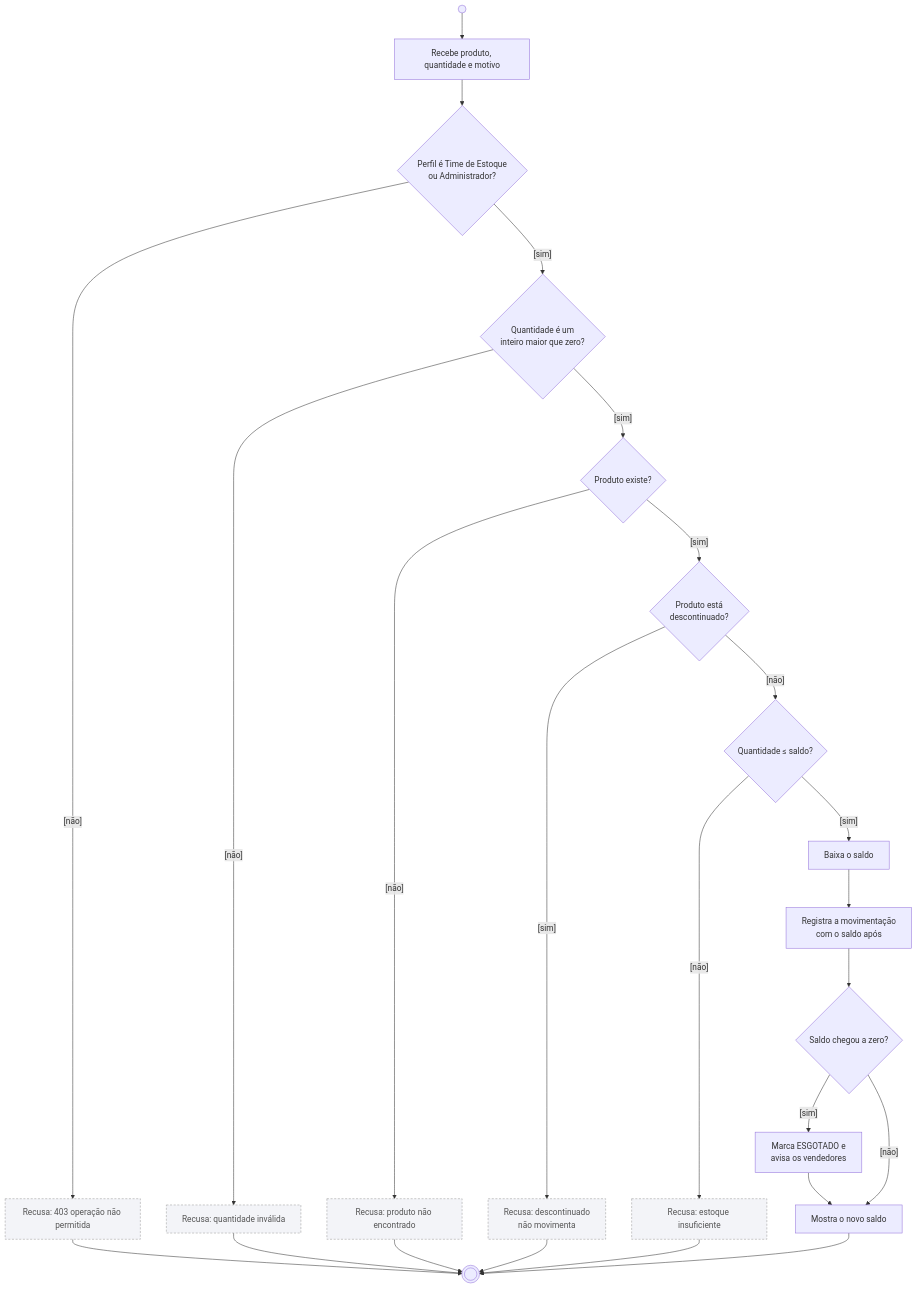
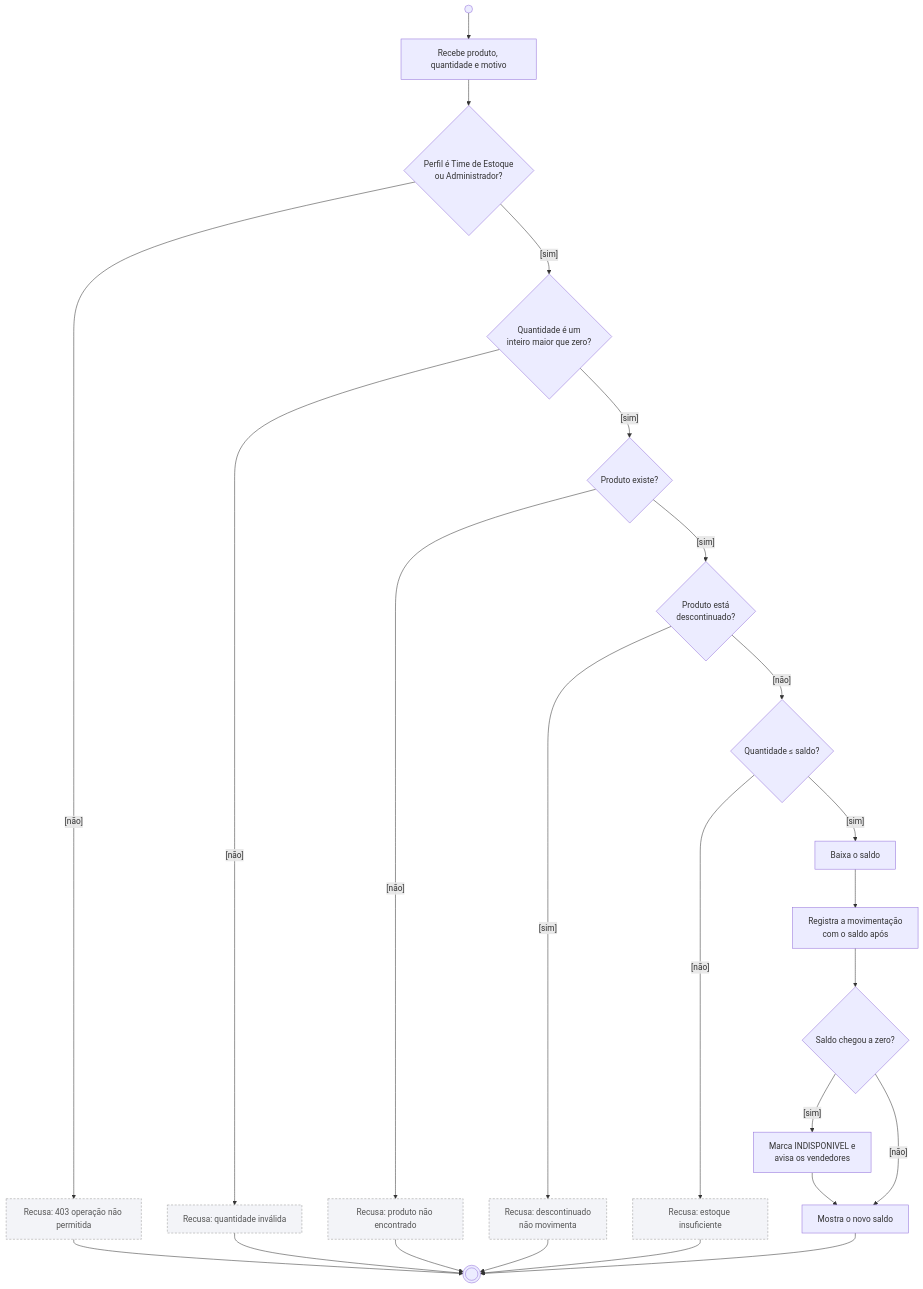
Before and after one commit to Alishowsa/Arquitetura-eng-soft: the diagram in aula-6/diagramas/atividades-saida-estoque.md, drawn with Mermaid. The commit also changed 30 other files, not shown here.

````diff
--- a/aula-6/diagramas/atividades-saida-estoque.md
+++ b/aula-6/diagramas/atividades-saida-estoque.md
@@ -7,29 +7,29 @@
 ```mermaid
 flowchart TD
     inicio((" ")) --> recebe[Recebe produto, quantidade e motivo]
     recebe --> d1{Perfil é Time de Estoque<br/>ou Administrador?}
     d1 -- "[não]" --> r1[Recusa: 403 operação não permitida]
     d1 -- "[sim]" --> d2{Quantidade é um<br/>inteiro maior que zero?}
     d2 -- "[não]" --> r2[Recusa: quantidade inválida]
     d2 -- "[sim]" --> d3{Produto existe?}
     d3 -- "[não]" --> r3[Recusa: produto não encontrado]
     d3 -- "[sim]" --> d4{Produto está<br/>descontinuado?}
     d4 -- "[sim]" --> r4[Recusa: descontinuado<br/>não movimenta]
     d4 -- "[não]" --> d5{Quantidade ≤ saldo?}
     d5 -- "[não]" --> r5[Recusa: estoque insuficiente]
     d5 -- "[sim]" --> baixa[Baixa o saldo]
     baixa --> grava[Registra a movimentação<br/>com o saldo após]
     grava --> d6{Saldo chegou a zero?}
-    d6 -- "[sim]" --> esgota[Marca ESGOTADO e<br/>avisa os vendedores]
+    d6 -- "[sim]" --> zera[Marca INDISPONIVEL e<br/>avisa os vendedores]
     d6 -- "[não]" --> ok[Mostra o novo saldo]
-    esgota --> ok
+    zera --> ok
     ok --> fim((("&nbsp;")))
     r1 --> fim
     r2 --> fim
     r3 --> fim
     r4 --> fim
     r5 --> fim
 
     classDef recusa fill:#f3f4f8,stroke:#999,stroke-dasharray: 4 3,color:#555;
     class r1,r2,r3,r4,r5 recusa;
 ```
````
